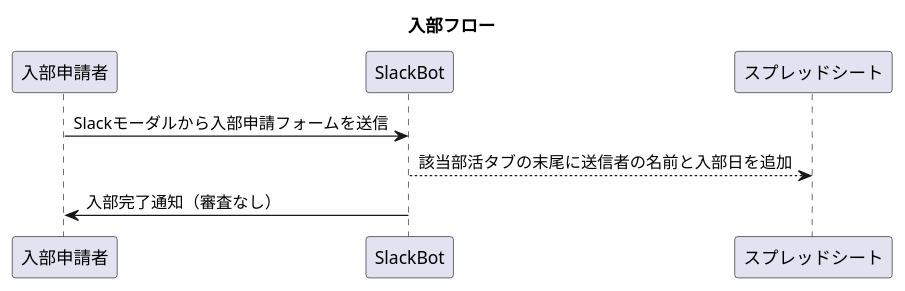
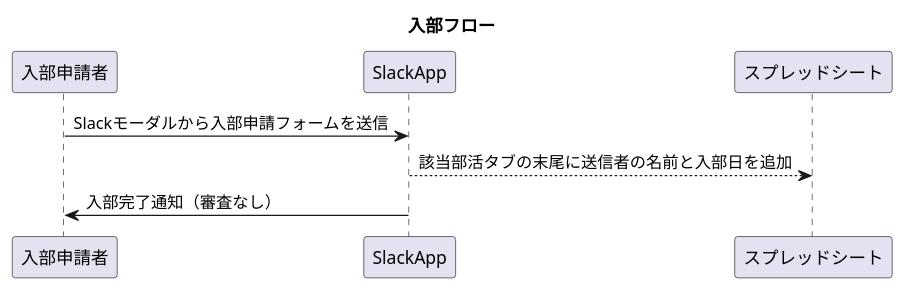
Before and after one commit to tam-bourine/club-entry-manager: the diagram in diagrams/JoinClub.pu, drawn with PlantUML. The commit also changed 1 other file, not shown here.

Commit message:
rename "Slack Bot" to "Slack App"

```diff
--- a/diagrams/JoinClub.pu
+++ b/diagrams/JoinClub.pu
@@ -1,6 +1,6 @@
 @startuml
 title 入部フロー
-入部申請者 -> SlackBot: Slackモーダルから入部申請フォームを送信
-SlackBot --> スプレッドシート: 該当部活タブの末尾に送信者の名前と入部日を追加
-SlackBot -> 入部申請者: 入部完了通知（審査なし）
+入部申請者 -> SlackApp: Slackモーダルから入部申請フォームを送信
+SlackApp --> スプレッドシート: 該当部活タブの末尾に送信者の名前と入部日を追加
+SlackApp -> 入部申請者: 入部完了通知（審査なし）
 @enduml
```
